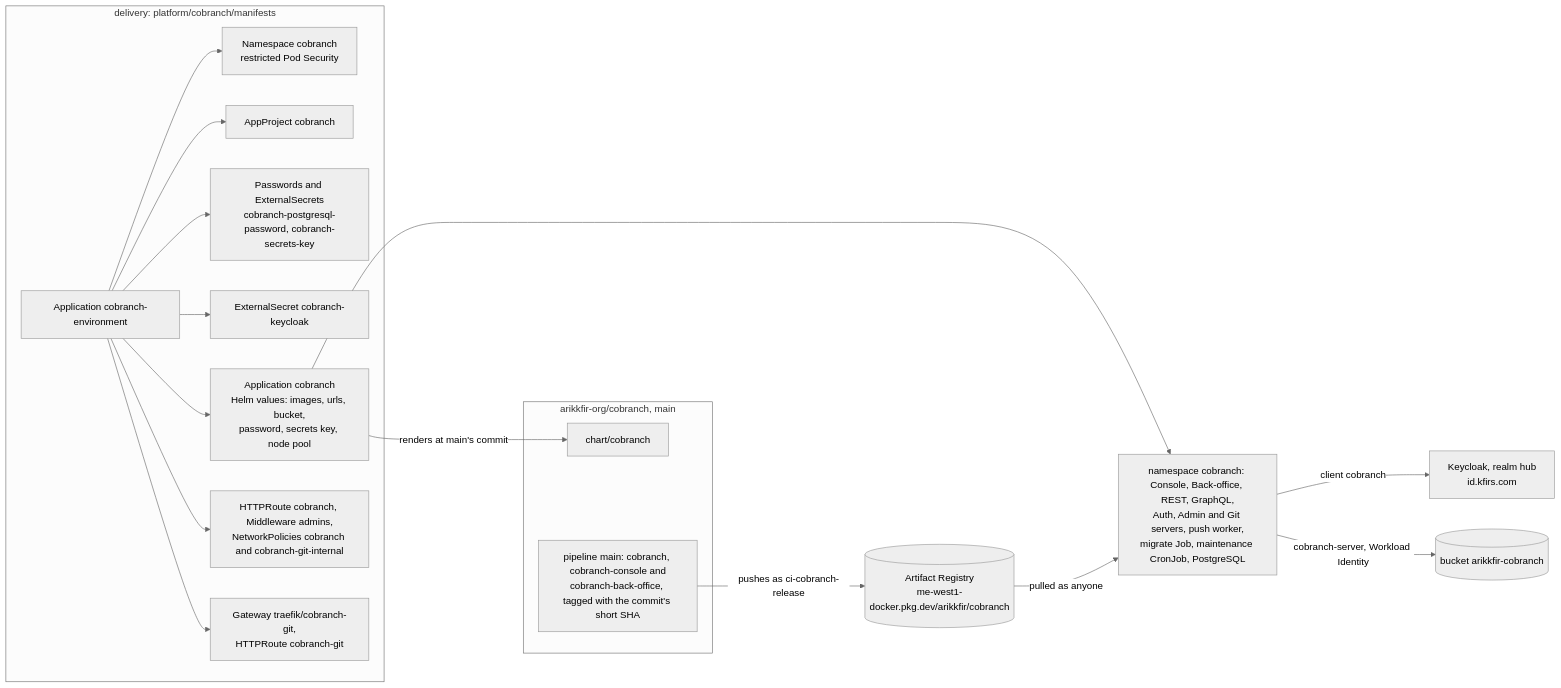
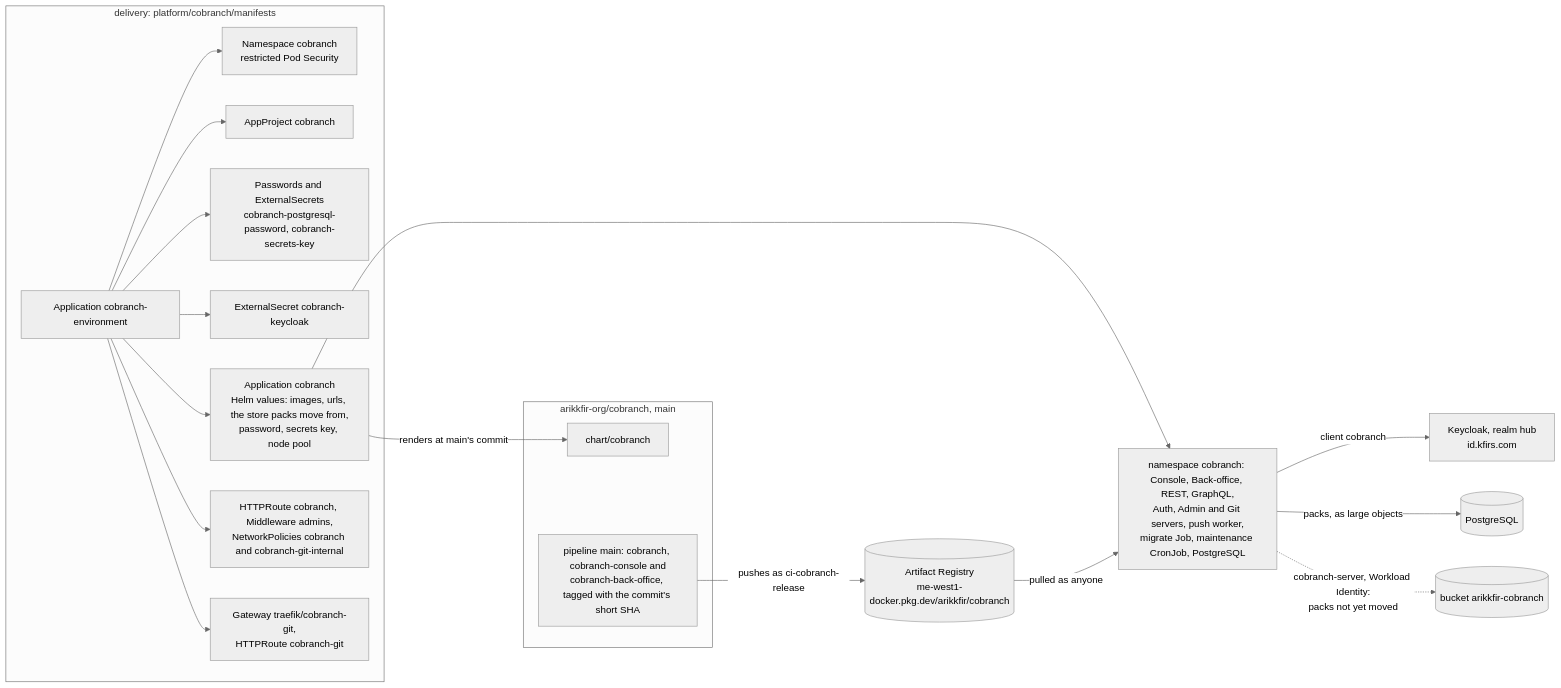
The first of 3 diagrams in docs/delivery/designs/cobranch.md (arikkfir-org/delivery), drawn with Mermaid (neutral theme) before and after one commit. The commit also changed other lines of this file and 5 other files, not shown here.

First line of the commit message:
feat(cobranch): keep the demo's and the previews' Git packs in PostgreSQL

````diff
--- a/docs/delivery/designs/cobranch.md
+++ b/docs/delivery/designs/cobranch.md
@@ -13,22 +13,23 @@
 ```mermaid
 flowchart LR
   subgraph cobranchrepo["arikkfir-org/cobranch, main"]
     Chart["chart/cobranch"]
     Main["pipeline main: cobranch, cobranch-console and<br/>cobranch-back-office, tagged with the commit's short SHA"]
   end
   subgraph delivery["delivery: platform/cobranch/manifests"]
     Env["Application cobranch-environment"] --> NS["Namespace cobranch<br/>restricted Pod Security"]
     Env --> Project["AppProject cobranch"]
     Env --> Pass["Passwords and ExternalSecrets<br/>cobranch-postgresql-password, cobranch-secrets-key"]
     Env --> KC["ExternalSecret cobranch-keycloak"]
-    Env --> App["Application cobranch<br/>Helm values: images, urls, bucket,<br/>password, secrets key, node pool"]
+    Env --> App["Application cobranch<br/>Helm values: images, urls, the store packs move from,<br/>password, secrets key, node pool"]
     Env --> Gate["HTTPRoute cobranch, Middleware admins,<br/>NetworkPolicies cobranch and cobranch-git-internal"]
     Env --> Git["Gateway traefik/cobranch-git,<br/>HTTPRoute cobranch-git"]
   end
   Main -- "pushes as ci-cobranch-release" --> Reg[("Artifact Registry<br/>me-west1-docker.pkg.dev/arikkfir/cobranch")]
   App -- "renders at main's commit" --> Chart
   App --> Pods["namespace cobranch: Console, Back-office, REST, GraphQL,<br/>Auth, Admin and Git servers, push worker,<br/>migrate Job, maintenance CronJob, PostgreSQL"]
   Pods -- "client cobranch" --> Keycloak["Keycloak, realm hub<br/>id.kfirs.com"]
   Reg -- "pulled as anyone" --> Pods
-  Pods -- "cobranch-server, Workload Identity" --> Bucket[("bucket arikkfir-cobranch")]
+  Pods -- "packs, as large objects" --> PG[("PostgreSQL")]
+  Pods -. "cobranch-server, Workload Identity:<br/>packs not yet moved" .-> Bucket[("bucket arikkfir-cobranch")]
 ```
````
